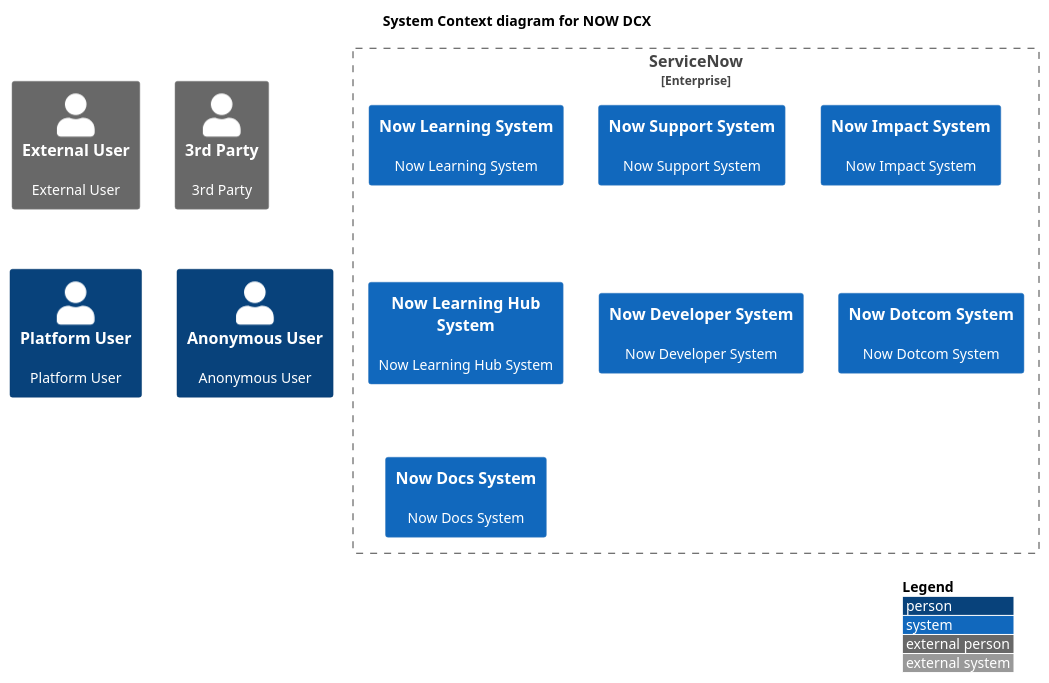
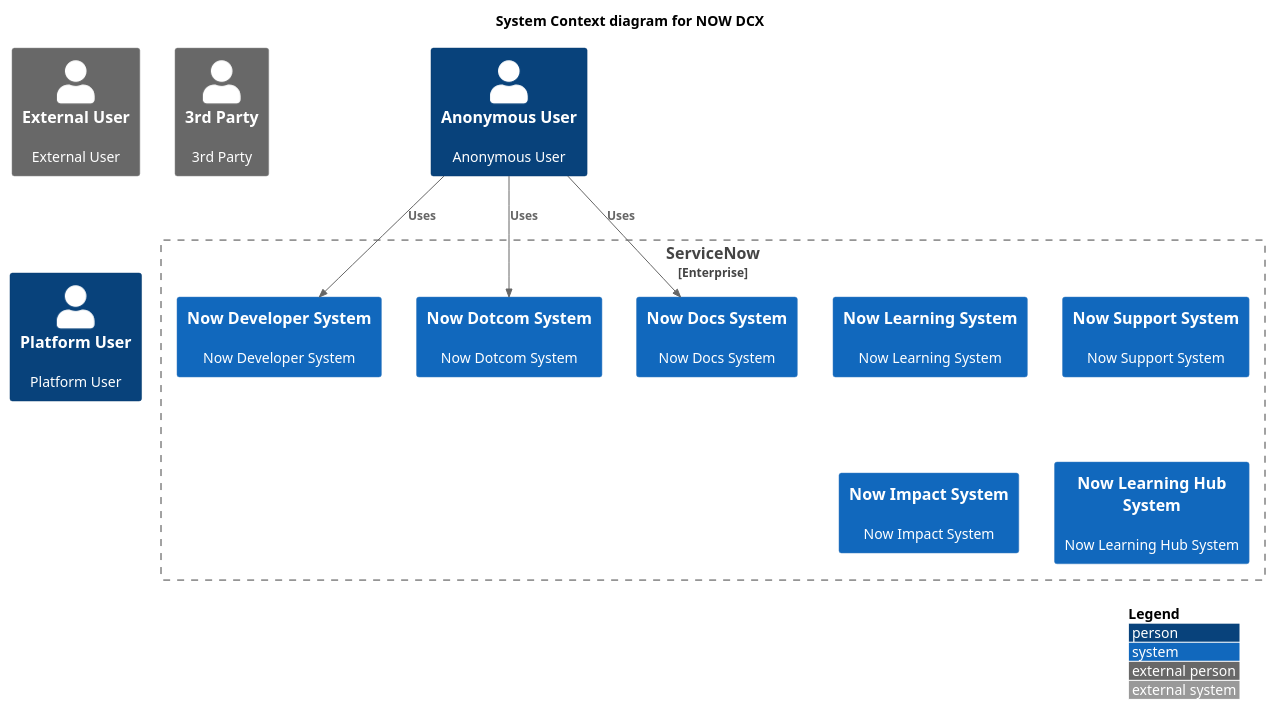
Before and after one commit to pangealab/athena: the diagram in puml/c4/dcx/nowdcx.puml, drawn with PlantUML.

```diff
--- a/puml/c4/dcx/nowdcx.puml
+++ b/puml/c4/dcx/nowdcx.puml
@@ -1,27 +1,31 @@
 @startuml "enterprise"
 !include https://raw.githubusercontent.com/plantuml-stdlib/C4-PlantUML/master/C4_Context.puml
 ' uncomment the following line and comment the first to use locally
 ' !include C4_Context.puml
 
 LAYOUT_TOP_DOWN()
 'LAYOUT_AS_SKETCH()
 LAYOUT_WITH_LEGEND()
 
 title System Context diagram for NOW DCX
 
 Person_Ext(external_user, "External User", "External User")
 Person_Ext(3rd_party_user, "3rd Party", "3rd Party")
 Person(platform_user, "Platform User", "Platform User")
 Person(anonymous_user, "Anonymous User", "Anonymous User")
 
 Enterprise_Boundary(servicenow_enteprise, "ServiceNow") {
   System(now_learning_system, "Now Learning System", "Now Learning System")
   System(now_support_system, "Now Support System", "Now Support System")
   System(now_impact_system, "Now Impact System", "Now Impact System")
   System(now_learninghub_system, "Now Learning Hub System", "Now Learning Hub System")
   System(now_developer_system, "Now Developer System", "Now Developer System")
   System(now_dotcom_system, "Now Dotcom System", "Now Dotcom System")
   System(now_docs_system, "Now Docs System", "Now Docs System")
 }
 
+Rel_D(anonymous_user, now_dotcom_system, "Uses")
+Rel_D(anonymous_user, now_docs_system, "Uses")
+Rel_D(anonymous_user, now_developer_system, "Uses")
+
 @enduml
```
